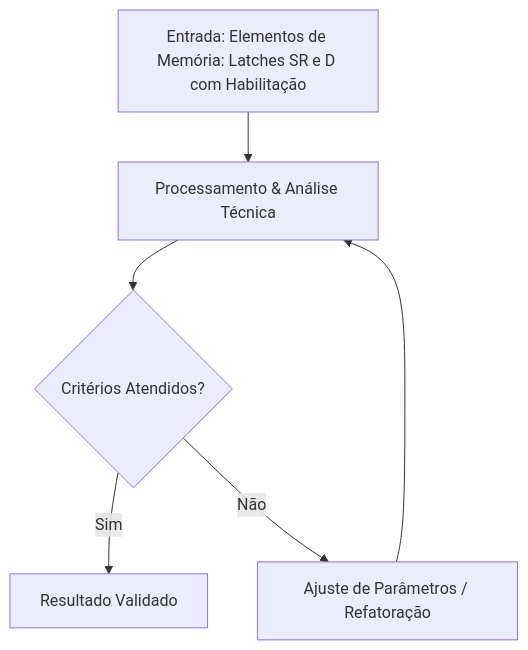
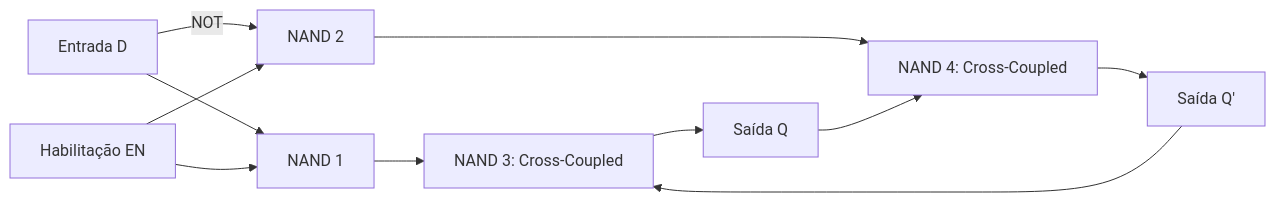
Before and after one commit to pedroiff0/page: the diagram in content/pt-br/resource/Engenharia de Computação/6-periodo/eletronica-digital/anotacoes/aula-09-elementos-de-memoria-latches-sr-e-d-com-habilitacao.md, drawn with Mermaid. The commit also changed other lines of this file and 826 other files, not shown here.

````diff
--- a/content/pt-br/resource/Engenharia de Computação/6-periodo/eletronica-digital/anotacoes/aula-09-elementos-de-memoria-latches-sr-e-d-com-habilitacao.md
+++ b/content/pt-br/resource/Engenharia de Computação/6-periodo/eletronica-digital/anotacoes/aula-09-elementos-de-memoria-latches-sr-e-d-com-habilitacao.md
@@ -74,8 +83,12 @@
 ```mermaid
-flowchart TD
-    A[Entrada: Elementos de Memória: Latches SR e D com Habilitação] --> B[Processamento & Análise Técnica]
-    B --> C{Critérios Atendidos?}
-    C -- Sim --> D[Resultado Validado]
-    C -- Não --> E[Ajuste de Parâmetros / Refatoração]
-    E --> B
+flowchart LR
+    D[Entrada D] --> G1[NAND 1]
+    D -->|NOT| G2[NAND 2]
+    EN[Habilitação EN] --> G1 & G2
+    G1 --> SR1[NAND 3: Cross-Coupled]
+    G2 --> SR2[NAND 4: Cross-Coupled]
+    SR1 --> Q[Saída Q]
+    SR2 --> Qnot[Saída Q']
+    Q --> SR2
+    Qnot --> SR1
 ```
````
